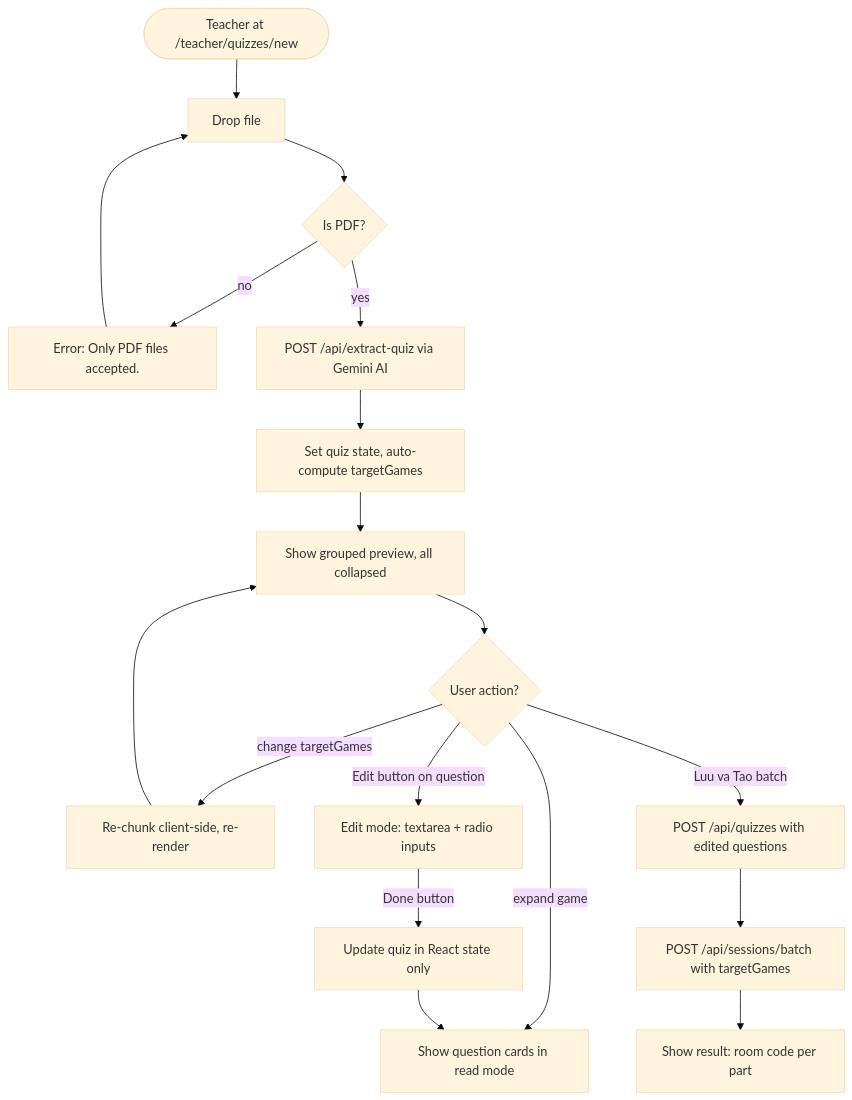
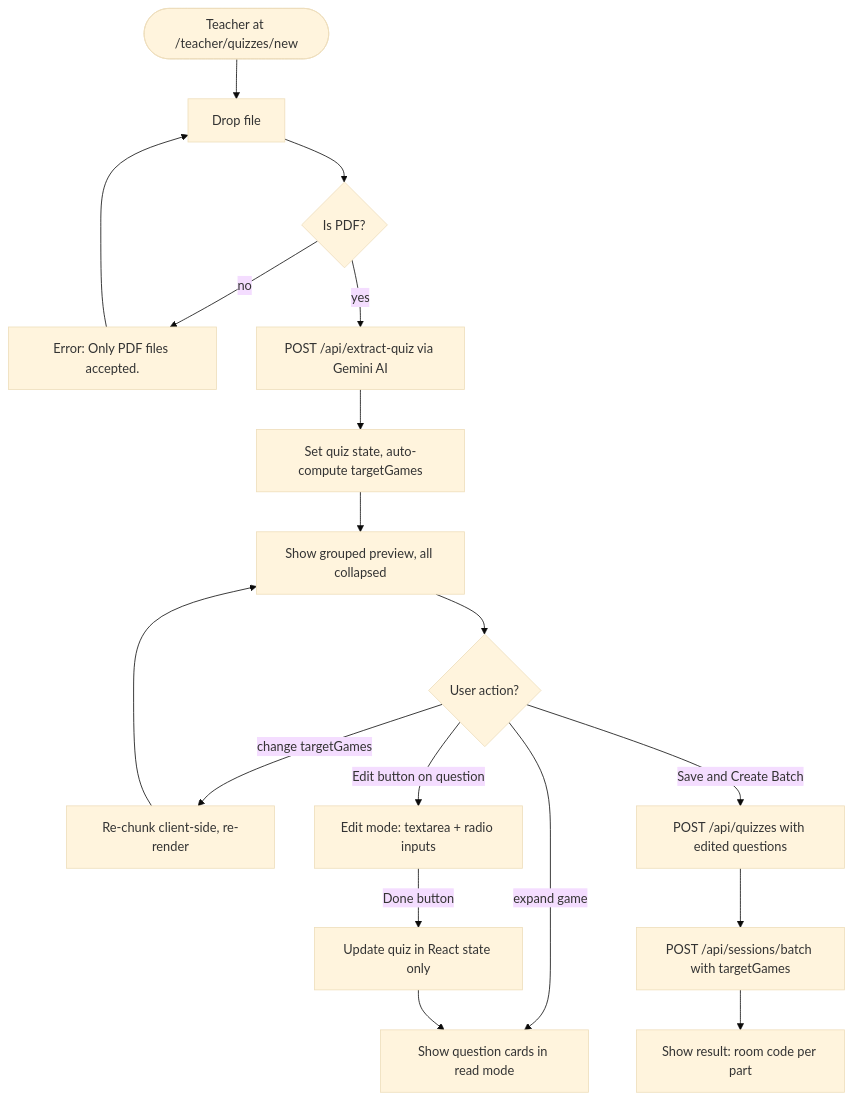
One commit to linhhd1kt/fce-quizz changed the fifth of 9 diagrams in docs/specs.md. Above: the diagram before and after it, drawn with Mermaid (base theme). The commit also changed other lines of this file, not shown here.

````diff
--- a/docs/specs.md
+++ b/docs/specs.md
@@ -359,22 +359,22 @@
 ```mermaid
 flowchart TD
     A([Teacher at /teacher/quizzes/new]) --> B["Drop file"]
     B --> C{Is PDF?}
     C -- no --> D["Error: Only PDF files accepted."]
     D --> B
     C -- yes --> E["POST /api/extract-quiz via Gemini AI"]
     E --> F["Set quiz state, auto-compute targetGames"]
     F --> G["Show grouped preview, all collapsed"]
 
     G --> H{User action?}
     H -- "expand game" --> I["Show question cards in read mode"]
     H -- "change targetGames" --> J["Re-chunk client-side, re-render"]
     J --> G
     H -- "Edit button on question" --> K["Edit mode: textarea + radio inputs"]
     K -- "Done button" --> L["Update quiz in React state only"]
     L --> I
 
-    H -- "Luu va Tao batch" --> M["POST /api/quizzes with edited questions"]
+    H -- "Save and Create Batch" --> M["POST /api/quizzes with edited questions"]
     M --> N["POST /api/sessions/batch with targetGames"]
     N --> O["Show result: room code per part"]
 ```
````
